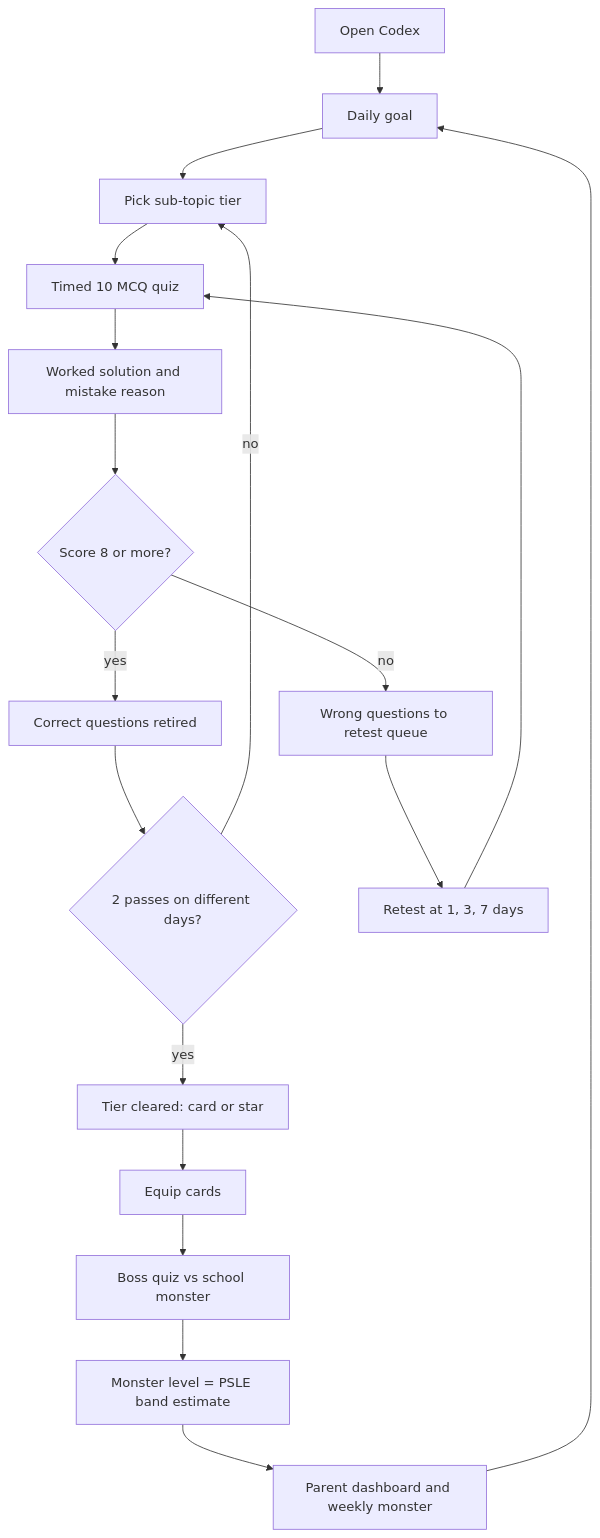
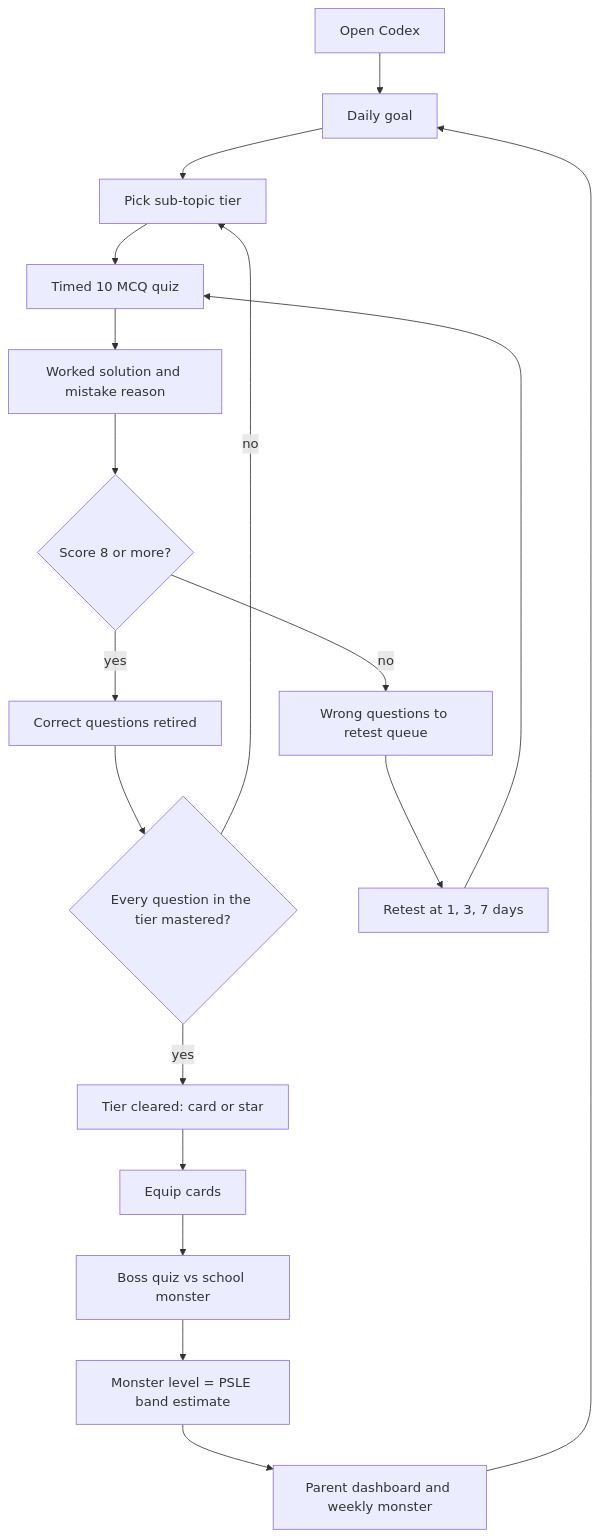
The diagram in docs/game-design.md (alyssangkx/cookie-codex), drawn with Mermaid before and after one commit. The commit also changed other lines of this file and 11 other files, not shown here.

First line of the commit message:
Progression: a tier clears when every question is mastered

````diff
--- a/docs/game-design.md
+++ b/docs/game-design.md
@@ -9,20 +9,20 @@
 ```mermaid
 flowchart TB
   A[Open Codex] --> B[Daily goal]
   B --> C[Pick sub-topic tier]
   C --> D[Timed 10 MCQ quiz]
   D --> E[Worked solution and mistake reason]
   E --> F{Score 8 or more?}
   F -- yes --> G[Correct questions retired]
   F -- no --> H[Wrong questions to retest queue]
-  G --> I{2 passes on different days?}
+  G --> I{Every question in the tier mastered?}
   I -- yes --> J[Tier cleared: card or star]
   I -- no --> C
   H --> K[Retest at 1, 3, 7 days]
   K --> D
   J --> L[Equip cards]
   L --> M[Boss quiz vs school monster]
   M --> N[Monster level = PSLE band estimate]
   N --> O[Parent dashboard and weekly monster]
   O --> B
 ```
````
